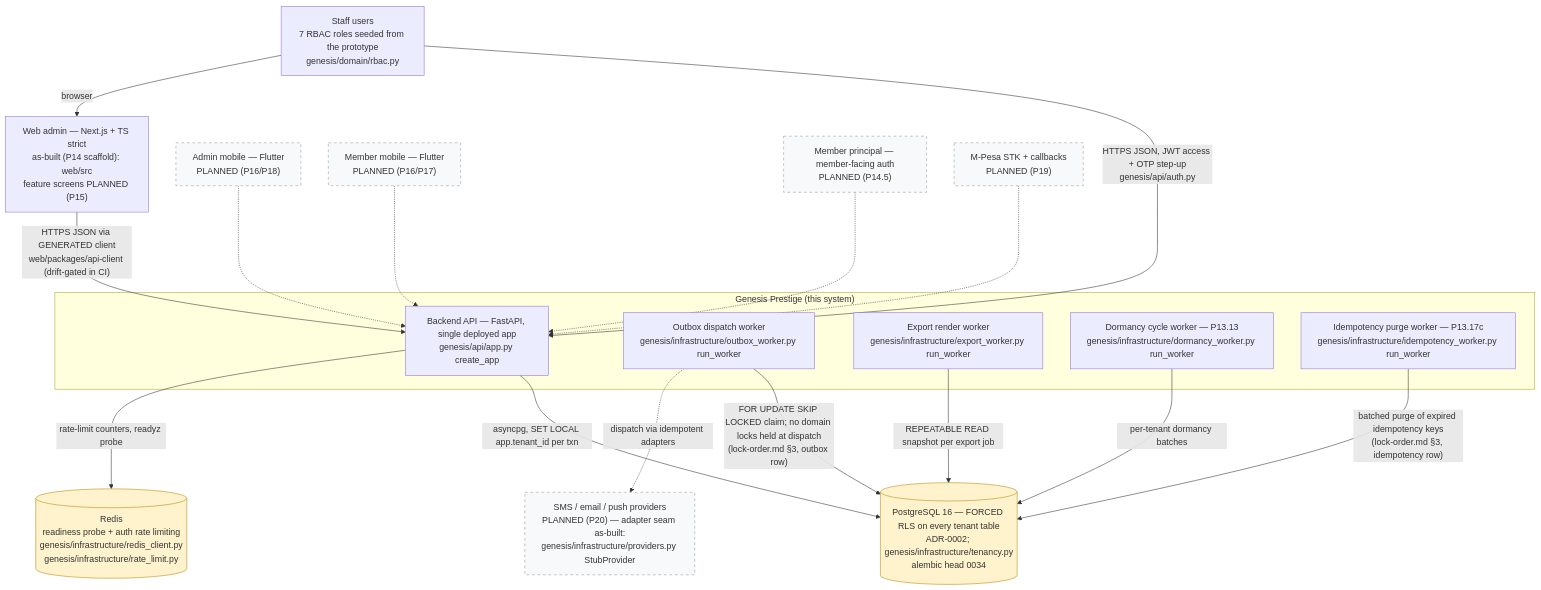
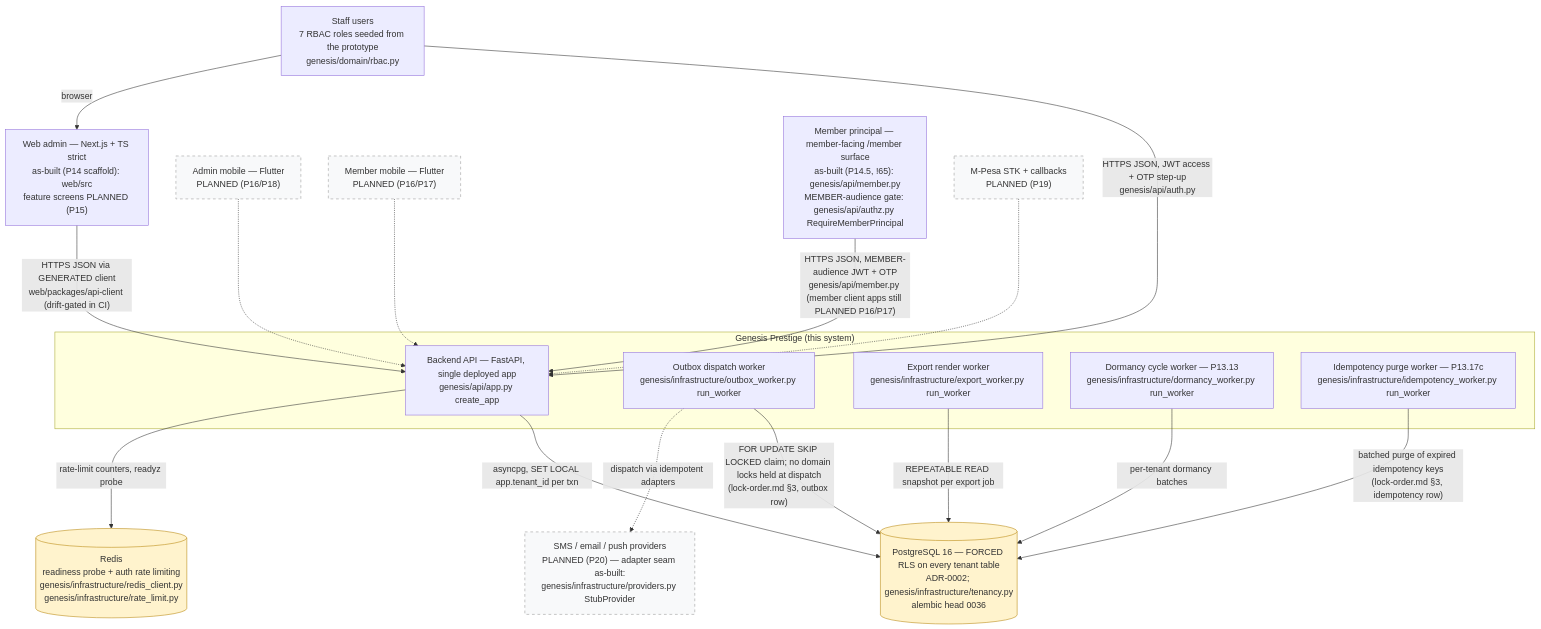
One commit to Benson-Kim/genesis-sacco changed the diagram in docs/diagrams/c4-context.md. Above: the diagram before and after it, drawn with Mermaid. The commit also changed other lines of this file and 4 other files, not shown here.

First line of the commit message:
docs(diagrams): C4 as-built refresh to head 0036 — the !65/!66 rule-11 misses

````diff
--- a/docs/diagrams/c4-context.md
+++ b/docs/diagrams/c4-context.md
@@ -31,46 +37,46 @@
 ```mermaid
 flowchart TB
     %% Authored against main @ 08541b860f1445b16c342c39b6606d86b9dbeb17
     %% L1 context — as-built boxes cite genesis modules; dashed = PLANNED (Pn).
 
     STAFF["Staff users<br/>7 RBAC roles seeded from the prototype<br/>genesis/domain/rbac.py"]
 
     subgraph SYS["Genesis Prestige (this system)"]
         API["Backend API — FastAPI, single deployed app<br/>genesis/api/app.py create_app"]
         OBW["Outbox dispatch worker<br/>genesis/infrastructure/outbox_worker.py run_worker"]
         EXW["Export render worker<br/>genesis/infrastructure/export_worker.py run_worker"]
         DMW["Dormancy cycle worker — P13.13<br/>genesis/infrastructure/dormancy_worker.py run_worker"]
         IDW["Idempotency purge worker — P13.17c<br/>genesis/infrastructure/idempotency_worker.py run_worker"]
     end
 
-    PG[("PostgreSQL 16 — FORCED RLS on every tenant table<br/>ADR-0002; genesis/infrastructure/tenancy.py<br/>alembic head 0034")]
+    PG[("PostgreSQL 16 — FORCED RLS on every tenant table<br/>ADR-0002; genesis/infrastructure/tenancy.py<br/>alembic head 0036")]
     RD[("Redis<br/>readiness probe + auth rate limiting<br/>genesis/infrastructure/redis_client.py<br/>genesis/infrastructure/rate_limit.py")]
 
     WEB["Web admin — Next.js + TS strict<br/>as-built (P14 scaffold): web/src<br/>feature screens PLANNED (P15)"]
     ADM["Admin mobile — Flutter<br/>PLANNED (P16/P18)"]
     MEM["Member mobile — Flutter<br/>PLANNED (P16/P17)"]
-    MPR["Member principal — member-facing auth<br/>PLANNED (P14.5)"]
+    MPR["Member principal — member-facing /member surface<br/>as-built (P14.5, !65): genesis/api/member.py<br/>MEMBER-audience gate: genesis/api/authz.py RequireMemberPrincipal"]
     MPESA["M-Pesa STK + callbacks<br/>PLANNED (P19)"]
     PROV["SMS / email / push providers<br/>PLANNED (P20) — adapter seam as-built:<br/>genesis/infrastructure/providers.py StubProvider"]
 
     STAFF -->|"HTTPS JSON, JWT access + OTP step-up<br/>genesis/api/auth.py"| API
     API -->|"asyncpg, SET LOCAL app.tenant_id per txn"| PG
     API -->|"rate-limit counters, readyz probe"| RD
     OBW -->|"FOR UPDATE SKIP LOCKED claim; no domain locks held at dispatch<br/>(lock-order.md §3, outbox row)"| PG
     EXW -->|"REPEATABLE READ snapshot per export job"| PG
     DMW -->|"per-tenant dormancy batches"| PG
     IDW -->|"batched purge of expired idempotency keys<br/>(lock-order.md §3, idempotency row)"| PG
     OBW -.->|"dispatch via idempotent adapters"| PROV
 
     STAFF -->|"browser"| WEB
     WEB -->|"HTTPS JSON via GENERATED client<br/>web/packages/api-client (drift-gated in CI)"| API
     ADM -.-> API
     MEM -.-> API
-    MPR -.-> API
+    MPR -->|"HTTPS JSON, MEMBER-audience JWT + OTP<br/>genesis/api/member.py (member client apps still PLANNED P16/P17)"| API
     MPESA -.-> API
 
     classDef planned fill:#f8f9fa,stroke:#999,stroke-dasharray: 5 5;
-    class ADM,MEM,MPR,MPESA,PROV planned;
+    class ADM,MEM,MPESA,PROV planned;
     classDef store fill:#fff3cd,stroke:#b8860b;
     class PG,RD store;
 ```
````
